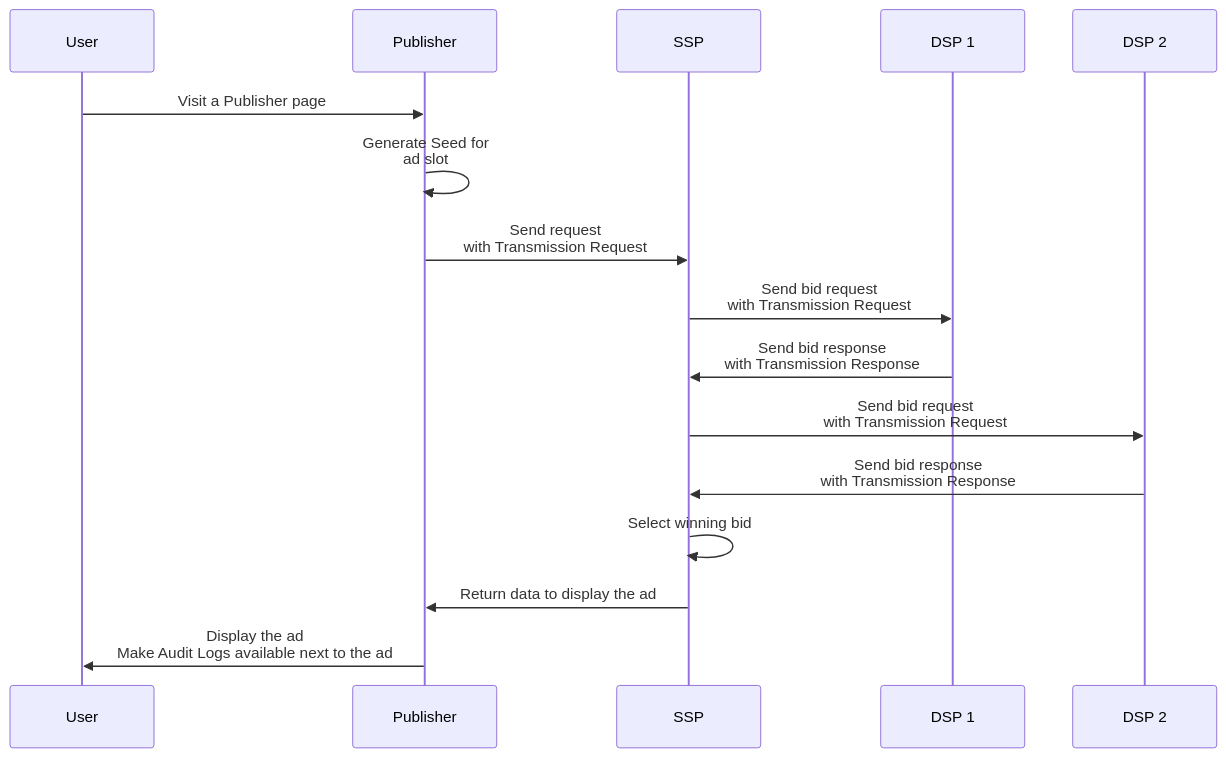
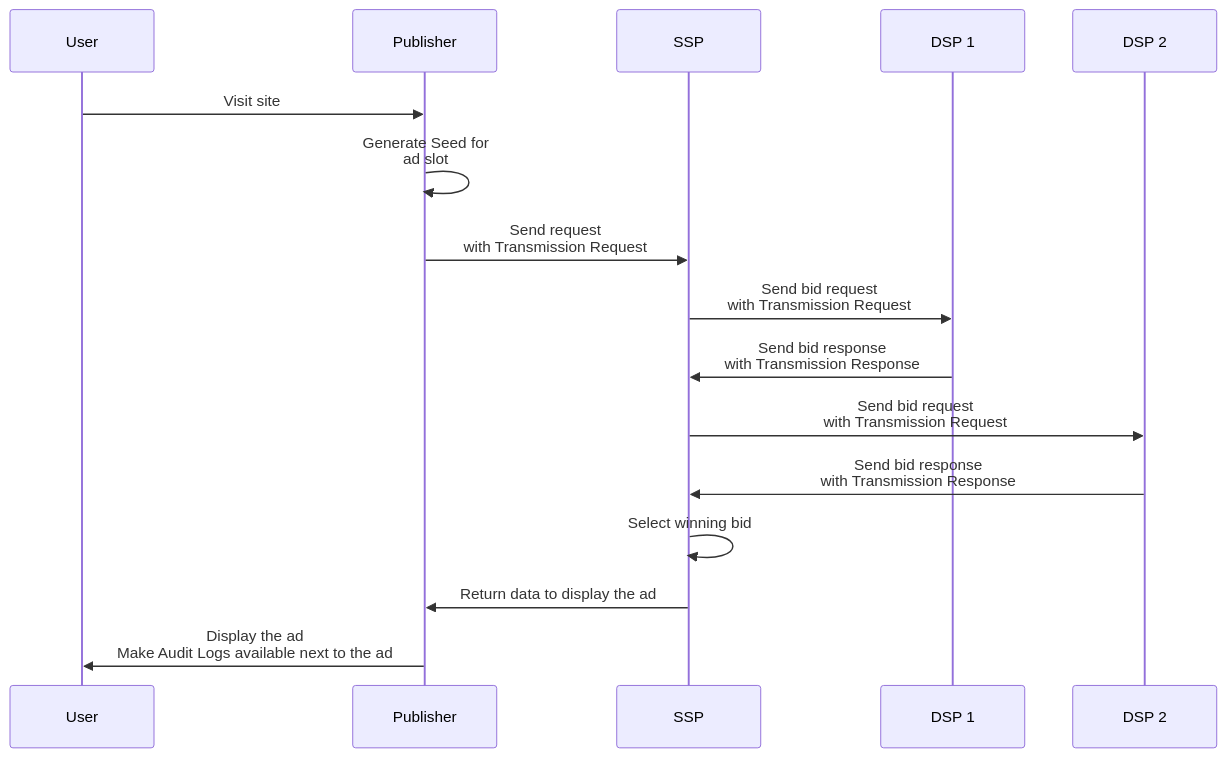
The third of 3 diagrams in mvp-spec/workflows.md (OneKey-Network/addressability-framework), drawn with Mermaid before and after one commit. The commit also changed other lines of this file, not shown here.

````diff
--- a/mvp-spec/workflows.md
+++ b/mvp-spec/workflows.md
@@ -49,19 +71,19 @@
 ```mermaid
 sequenceDiagram
     participant User
     participant Publisher
     participant SSP
     participant DSP 1
     participant DSP 2
 
-    User->>Publisher: Visit a Publisher page
+    User->>Publisher: Visit site
     Publisher->>Publisher: Generate Seed for <br /> ad slot
     Publisher->>SSP: Send request<br />with Transmission Request
     SSP->>DSP 1: Send bid request<br />with Transmission Request
     DSP 1->>SSP: Send bid response<br />with Transmission Response
     SSP->>DSP 2: Send bid request<br />with Transmission Request
     DSP 2->>SSP: Send bid response<br />with Transmission Response
     SSP->>SSP: Select winning bid
     SSP->>Publisher: Return data to display the ad
     Publisher->>User: Display the ad <br />Make Audit Logs available next to the ad
 ```
````
